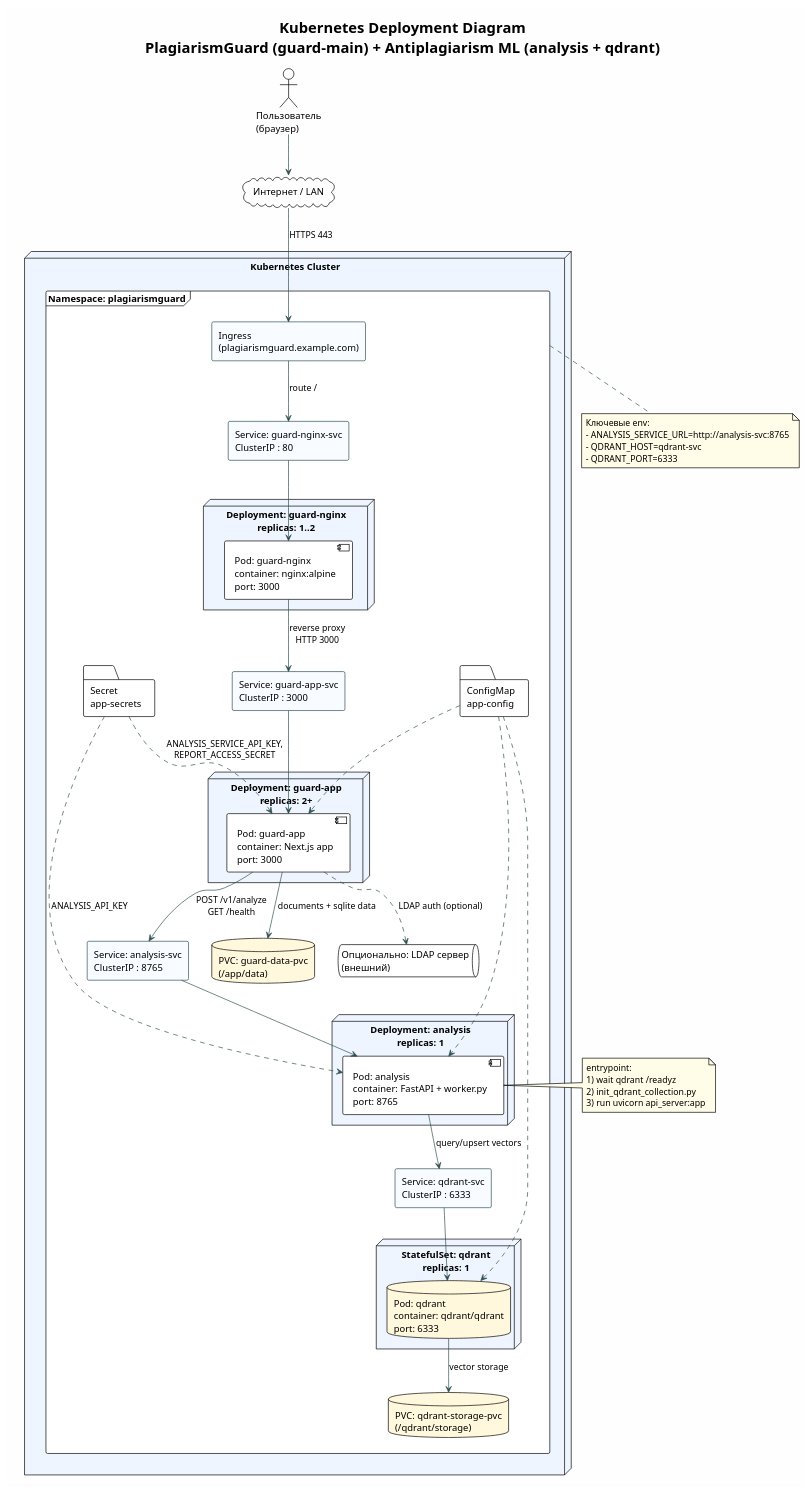
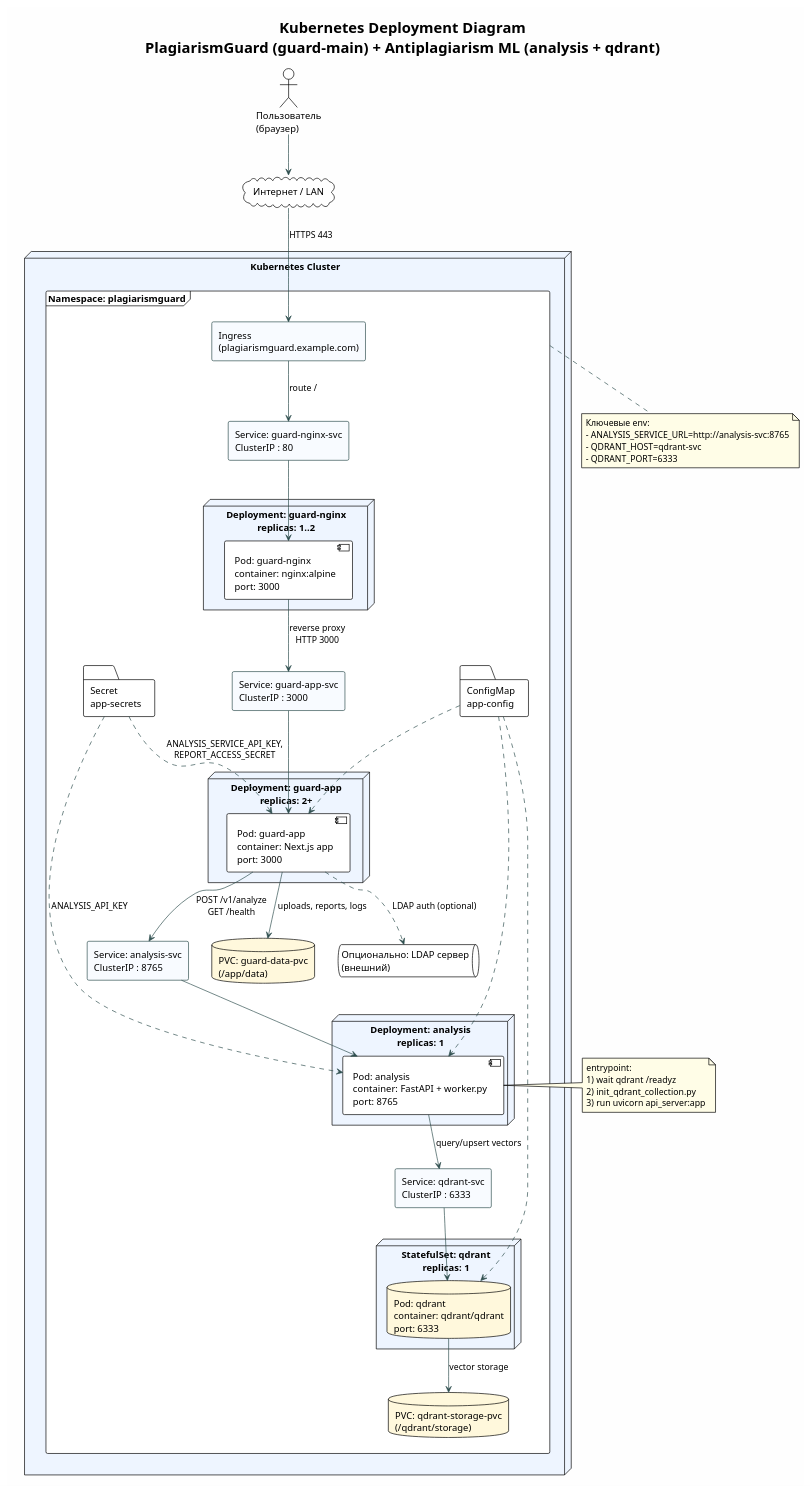
One commit to sakura-sak/guard-main changed the diagram in diagrams/k8s-deployment-guard-antiplagiarism.puml. Above: the diagram before and after it, drawn with PlantUML. The commit also changed 33 other files, not shown here.

```diff
--- a/diagrams/k8s-deployment-guard-antiplagiarism.puml
+++ b/diagrams/k8s-deployment-guard-antiplagiarism.puml
@@ -1,92 +1,92 @@
 @startuml k8s-deployment-guard-antiplagiarism
 !theme plain
 skinparam backgroundColor #FEFEFE
 skinparam handwritten false
 skinparam packageStyle rectangle
 skinparam shadowing false
 skinparam defaultFontName Arial
 skinparam ArrowColor #2F4F4F
 skinparam RectangleBorderColor #2F4F4F
 skinparam RectangleBackgroundColor #F8FBFF
 skinparam DatabaseBackgroundColor #FFF8DC
 skinparam NodeBackgroundColor #EEF5FF
 skinparam NoteBackgroundColor #FFFDE7
 
 title Kubernetes Deployment Diagram\nPlagiarismGuard (guard-main) + Antiplagiarism ML (analysis + qdrant)
 
 actor "Пользователь\n(браузер)" as User
 cloud "Интернет / LAN" as Net
 
 node "Kubernetes Cluster" as K8s {
 
   frame "Namespace: plagiarismguard" as NS {
 
     rectangle "Ingress\n(plagiarismguard.example.com)" as Ingress
 
     rectangle "Service: guard-nginx-svc\nClusterIP : 80" as SvcNginx
     node "Deployment: guard-nginx\nreplicas: 1..2" as DepNginx {
       component "Pod: guard-nginx\ncontainer: nginx:alpine\nport: 3000" as PodNginx
     }
 
     rectangle "Service: guard-app-svc\nClusterIP : 3000" as SvcGuard
     node "Deployment: guard-app\nreplicas: 2+" as DepGuard {
       component "Pod: guard-app\ncontainer: Next.js app\nport: 3000" as PodGuard
     }
 
     rectangle "Service: analysis-svc\nClusterIP : 8765" as SvcAnalysis
     node "Deployment: analysis\nreplicas: 1" as DepAnalysis {
       component "Pod: analysis\ncontainer: FastAPI + worker.py\nport: 8765" as PodAnalysis
     }
 
     rectangle "Service: qdrant-svc\nClusterIP : 6333" as SvcQdrant
     node "StatefulSet: qdrant\nreplicas: 1" as StsQdrant {
       database "Pod: qdrant\ncontainer: qdrant/qdrant\nport: 6333" as PodQdrant
     }
 
     folder "ConfigMap\napp-config" as Cfg
     folder "Secret\napp-secrets" as Sec
 
     database "PVC: guard-data-pvc\n(/app/data)" as PvcGuard
     database "PVC: qdrant-storage-pvc\n(/qdrant/storage)" as PvcQdrant
 
     queue "Опционально: LDAP сервер\n(внешний)" as LDAP
   }
 }
 
 User --> Net
 Net --> Ingress : HTTPS 443
 Ingress --> SvcNginx : route /
 SvcNginx --> PodNginx
 PodNginx --> SvcGuard : reverse proxy\nHTTP 3000
 SvcGuard --> PodGuard
 
 PodGuard --> SvcAnalysis : POST /v1/analyze\nGET /health
 SvcAnalysis --> PodAnalysis
 PodAnalysis --> SvcQdrant : query/upsert vectors
 SvcQdrant --> PodQdrant
 
-PodGuard --> PvcGuard : documents + sqlite data
+PodGuard --> PvcGuard : uploads, reports, logs
 PodQdrant --> PvcQdrant : vector storage
 
 Cfg ..> PodGuard
 Cfg ..> PodAnalysis
 Cfg ..> PodQdrant
 Sec ..> PodGuard : ANALYSIS_SERVICE_API_KEY,\nREPORT_ACCESS_SECRET
 Sec ..> PodAnalysis : ANALYSIS_API_KEY
 PodGuard ..> LDAP : LDAP auth (optional)
 
 note right of PodAnalysis
 entrypoint:
 1) wait qdrant /readyz
 2) init_qdrant_collection.py
 3) run uvicorn api_server:app
 end note
 
 note bottom of NS
 Ключевые env:
 - ANALYSIS_SERVICE_URL=http://analysis-svc:8765
 - QDRANT_HOST=qdrant-svc
 - QDRANT_PORT=6333
 end note
 
 @enduml
```
